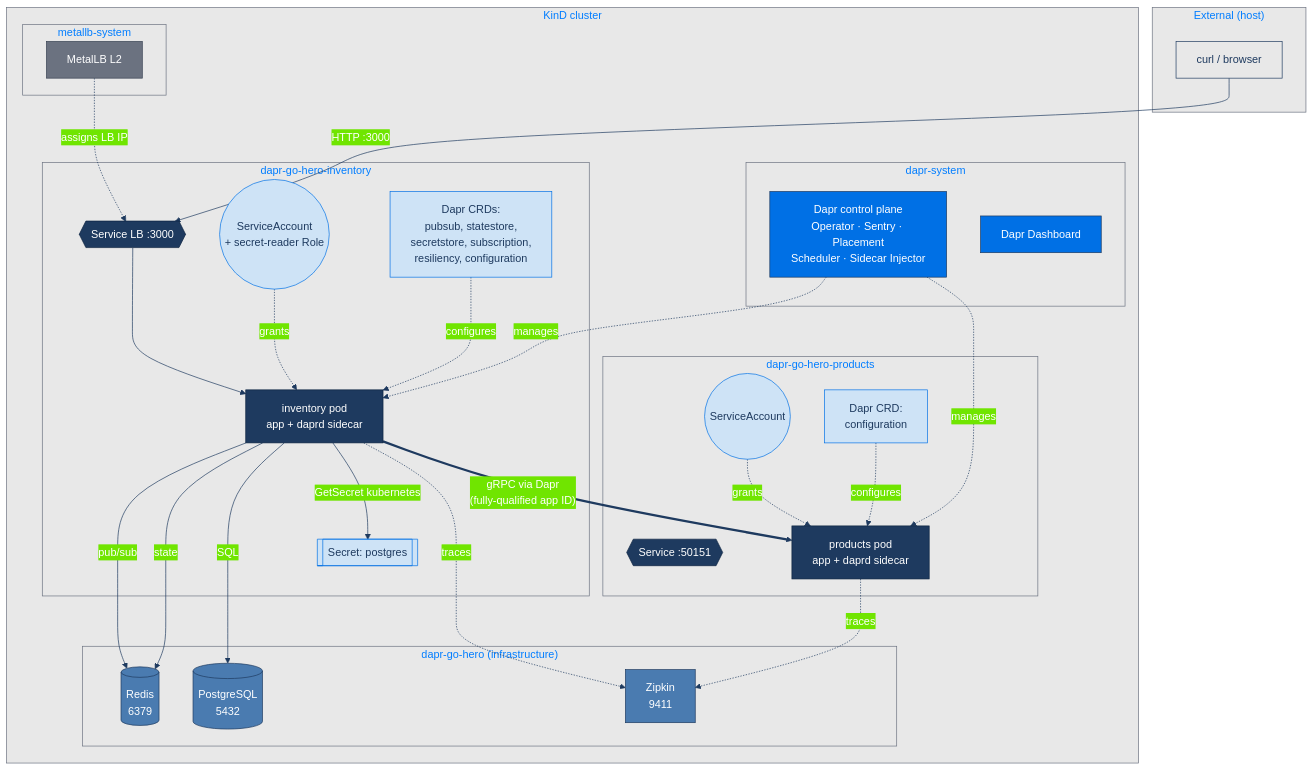
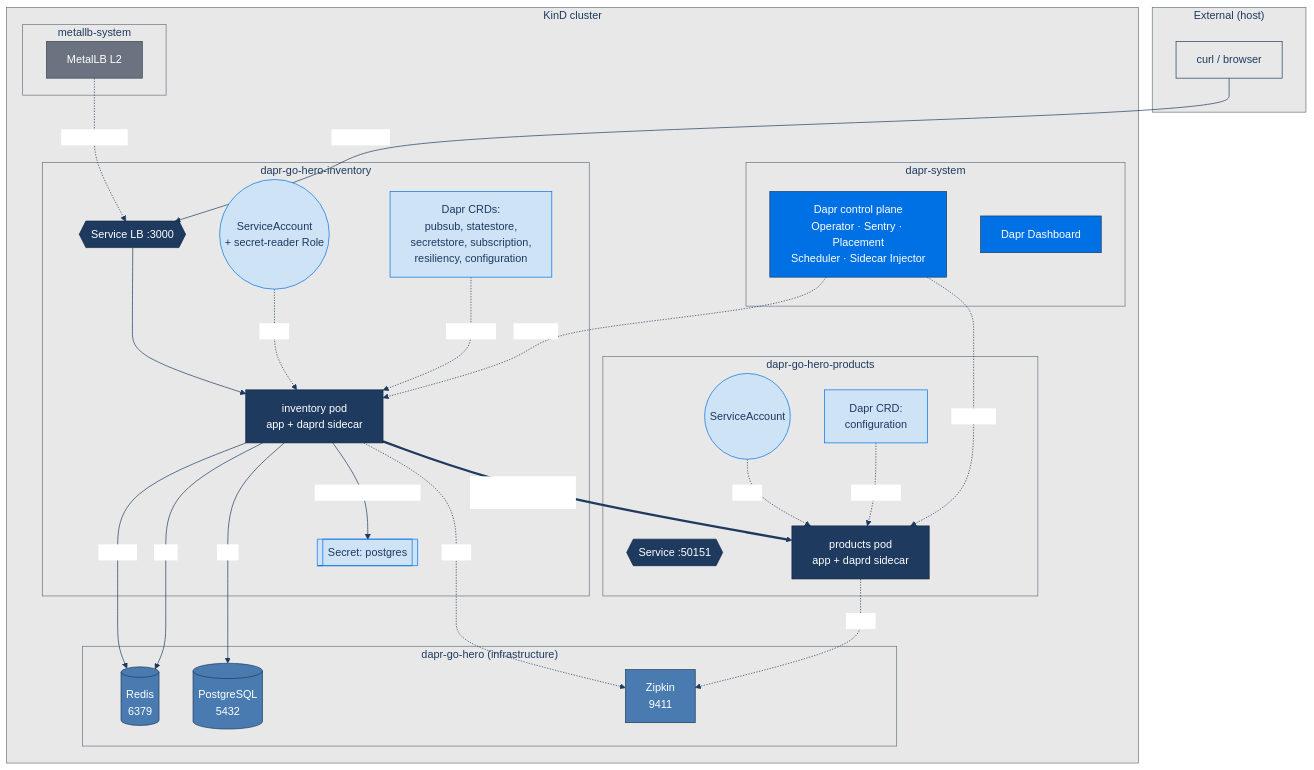
The first of 2 diagrams in README.md (AndriyKalashnykov/dapr-go-hero), drawn with Mermaid before and after one commit. The commit also changed other lines of this file, not shown here.

First line of the commit message:
docs: eliminate white-on-green in diagrams; add activation bars

````diff
--- a/README.md
+++ b/README.md
@@ -255,72 +255,72 @@
 ```mermaid
-%%{init: {'theme':'base','themeVariables':{'fontFamily':'ui-sans-serif, system-ui, sans-serif','primaryColor':'#0070E5','primaryTextColor':'#fff','primaryBorderColor':'#1E3A5F','lineColor':'#1E3A5F','clusterBkg':'#E8E8E8','clusterBorder':'#6B7280'}}}%%
+%%{init: {'theme':'base','themeVariables':{'background':'#FFFFFF','fontFamily':'ui-sans-serif, system-ui, sans-serif','primaryColor':'#0070E5','primaryTextColor':'#FFFFFF','primaryBorderColor':'#1E3A5F','secondaryColor':'#FFFFFF','tertiaryColor':'#FFFFFF','lineColor':'#1E3A5F','edgeLabelBackground':'#FFFFFF','labelTextColor':'#1E3A5F','tertiaryBorderColor':'#1E3A5F','tertiaryTextColor':'#1E3A5F','clusterBkg':'#E8E8E8','clusterBorder':'#6B7280','titleColor':'#1E3A5F'}}}%%
 graph TB
   subgraph Client["External (host)"]
     C[curl / browser]
   end
 
   subgraph Cluster["KinD cluster"]
     subgraph MetalLB["metallb-system"]
       ML[MetalLB L2]
     end
 
     subgraph DaprSystem["dapr-system"]
       DS[Dapr control plane<br/>Operator · Sentry · Placement<br/>Scheduler · Sidecar Injector]
       DD[Dapr Dashboard]
     end
 
     subgraph Infra["dapr-go-hero (infrastructure)"]
       R[(Redis<br/>6379)]
       P[(PostgreSQL<br/>5432)]
       Z[Zipkin<br/>9411]
     end
 
     subgraph InvNS["dapr-go-hero-inventory"]
       ISVC{{Service LB :3000}}
       IPOD[inventory pod<br/>app + daprd sidecar]
       ISEC[[Secret: postgres]]
       ISA((ServiceAccount<br/>+ secret-reader Role))
       ICRD[Dapr CRDs:<br/>pubsub, statestore,<br/>secretstore, subscription,<br/>resiliency, configuration]
     end
 
     subgraph ProdNS["dapr-go-hero-products"]
       PSVC{{Service :50151}}
       PPOD[products pod<br/>app + daprd sidecar]
       PSA((ServiceAccount))
       PCRD[Dapr CRD:<br/>configuration]
     end
 
     ML -.assigns LB IP.-> ISVC
     C -->|HTTP :3000| ISVC --> IPOD
 
     IPOD -->|pub/sub| R
     IPOD -->|state| R
     IPOD -->|SQL| P
     IPOD -->|GetSecret kubernetes| ISEC
     IPOD -.->|traces| Z
     PPOD -.->|traces| Z
 
     IPOD ==>|"gRPC via Dapr<br/>(fully-qualified app ID)"| PPOD
 
     DS -.manages.-> IPOD
     DS -.manages.-> PPOD
     ISA -.grants.-> IPOD
     PSA -.grants.-> PPOD
     ICRD -.configures.-> IPOD
     PCRD -.configures.-> PPOD
   end
 
   classDef external fill:#E8E8E8,stroke:#1E3A5F,color:#1E3A5F,stroke-width:1px
   classDef metallb fill:#6B7280,stroke:#374151,color:#fff,stroke-width:1px
   classDef daprControl fill:#0070E5,stroke:#1E3A5F,color:#fff,stroke-width:1px
   classDef infra fill:#4A7BB0,stroke:#1E3A5F,color:#fff,stroke-width:1px
   classDef appPod fill:#1E3A5F,stroke:#0C2340,color:#fff,stroke-width:1px
   classDef k8sResource fill:#CEE3F6,stroke:#0070E5,color:#1E3A5F,stroke-width:1px
 
   class C external
   class ML metallb
   class DS,DD daprControl
   class R,P,Z infra
   class ISVC,IPOD,PSVC,PPOD appPod
   class ISEC,ISA,ICRD,PSA,PCRD k8sResource
 ```
````
